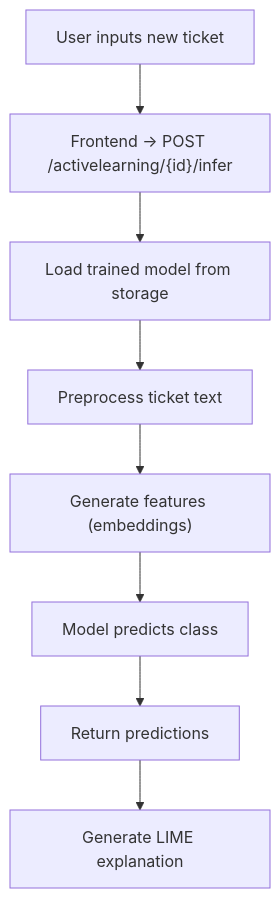
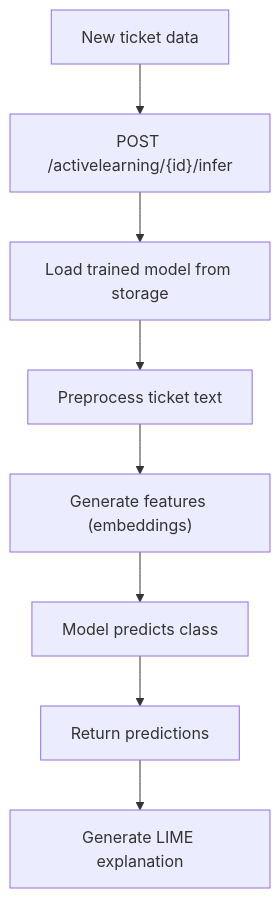
The second of 2 diagrams in docs/ARCHITECTURE.md (HumAIne-JSI/HumAL), drawn with Mermaid before and after one commit. The commit also changed other lines of this file and 7 other files, not shown here.

````diff
--- a/docs/ARCHITECTURE.md
+++ b/docs/ARCHITECTURE.md
@@ -223,20 +183,20 @@
 ```mermaid
 flowchart TD
-    A[User inputs new ticket]
-    B["Frontend → POST /activelearning/{id}/infer"]
+    A[New ticket data]
+    B["POST /activelearning/{id}/infer"]
     C[Load trained model from storage]
     D[Preprocess ticket text]
     E["Generate features (embeddings)"]
     F[Model predicts class]
     G[Return predictions]
     H[Generate LIME explanation]
 
     A --> B
     B --> C
     C --> D
     D --> E
     E --> F
     F --> G
     G --> H
 
 ```
````
